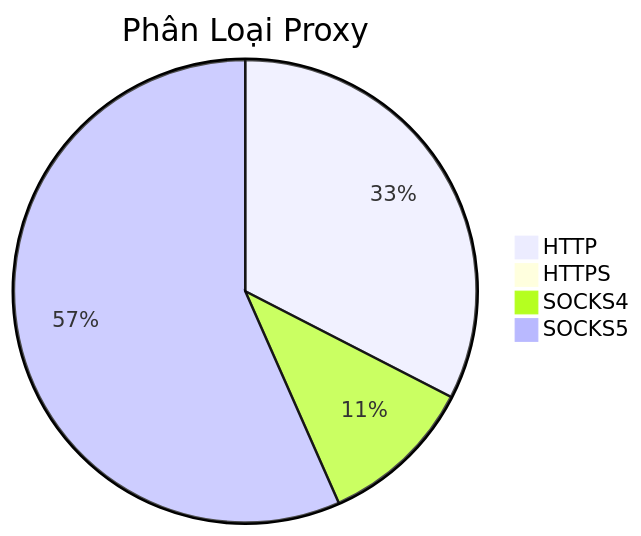
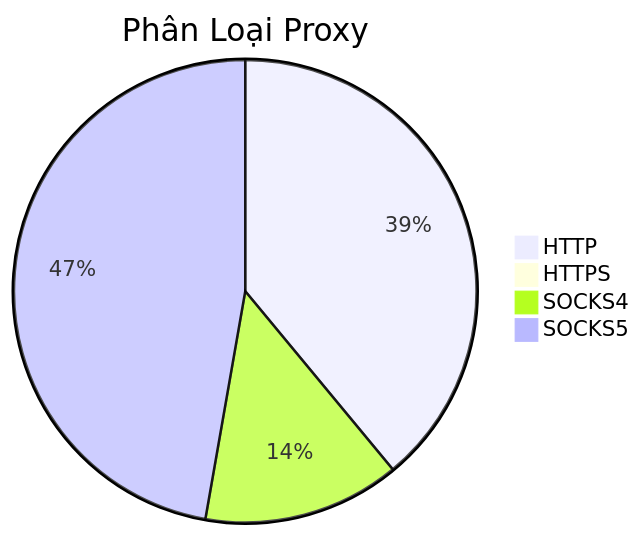
The diagram in README.md (Ciara-12/PROXY-free), drawn with Mermaid before and after one commit. The commit also changed other lines of this file and 3 other files, not shown here.

````diff
--- a/README.md
+++ b/README.md
@@ -26,7 +26,7 @@
 ```mermaid
 pie title Phân Loại Proxy
-    "HTTP" : 848
+    "HTTP" : 756
     "HTTPS" : 0
-    "SOCKS4" : 282
-    "SOCKS5" : 1475
+    "SOCKS4" : 267
+    "SOCKS5" : 916
 ```
````
